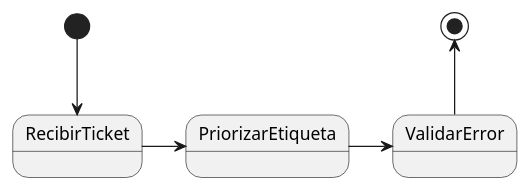
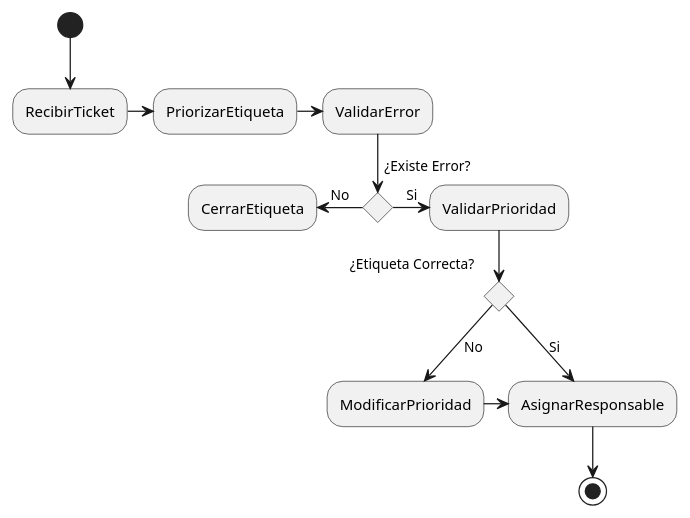
One commit to mmasias/23-24-IdSw1-SDR changed the diagram in modelosUML/CasosDeUsos/CasosDetallados/AsignarTicket.puml. Above: the diagram before and after it, drawn with PlantUML.

Commit message:
version final AsignarTicket

```diff
--- a/modelosUML/CasosDeUsos/CasosDetallados/AsignarTicket.puml
+++ b/modelosUML/CasosDeUsos/CasosDetallados/AsignarTicket.puml
@@ -1,13 +1,19 @@
 @startuml CDU-AsignarTicket
-state RecibirTicket
-state ValidarError
-state PriorizarEtiqueta
-    [*] -->  RecibirTicket
 
+(*) -->  RecibirTicket
     RecibirTicket -r-> PriorizarEtiqueta
-
     PriorizarEtiqueta -r-> ValidarError
-
-    ValidarError -u-> [*]
+        if "¿Existe Error?"then
+        -r->[Si] ValidarPrioridad
+            if "¿Etiqueta Correcta?"then
+            -->[Si] AsignarResponsable
+            else
+            -->[No] ModificarPrioridad
+            endif
+        else
+        -l->[No] CerrarEtiqueta
+        endif
+    ModificarPrioridad -r-> AsignarResponsable
+    AsignarResponsable --> (*)
 
 @enduml
```
